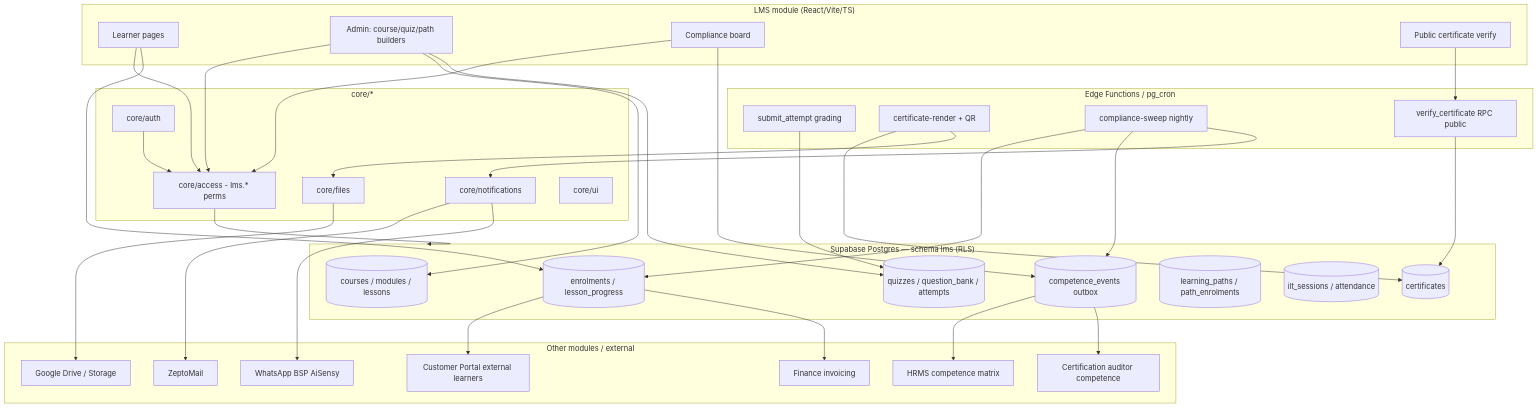
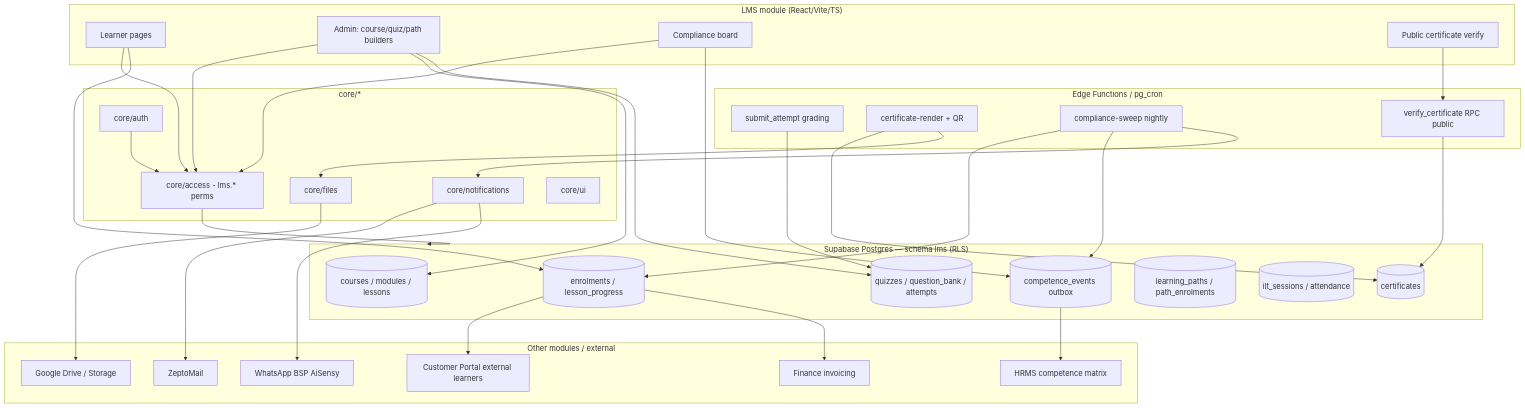
One commit to taruntps/tps-oms changed the fourth of 4 diagrams in docs/architecture/modules/lms.md. Above: the diagram before and after it, drawn with Mermaid. The commit also changed other lines of this file and 21 other files, not shown here.

````diff
--- a/docs/architecture/modules/lms.md
+++ b/docs/architecture/modules/lms.md
@@ -548,69 +546,67 @@
 ```mermaid
 flowchart TB
   subgraph UI["LMS module (React/Vite/TS)"]
     LP[Learner pages]
     AD[Admin: course/quiz/path builders]
     CB[Compliance board]
     VF[Public certificate verify]
   end
 
   subgraph CORE["core/*"]
     AUTH[core/auth]
     ACC[core/access - lms.* perms]
     NOTIF[core/notifications]
     FILES[core/files]
     UIK[core/ui]
   end
 
   subgraph DB["Supabase Postgres — schema lms (RLS)"]
     T1[(courses / modules / lessons)]
     T2[(quizzes / question_bank / attempts)]
     T3[(enrolments / lesson_progress)]
     T4[(certificates)]
     T5[(learning_paths / path_enrolments)]
     T6[(ilt_sessions / attendance)]
     OBX[(competence_events outbox)]
   end
 
   subgraph FN["Edge Functions / pg_cron"]
     GRADE[submit_attempt grading]
     CERT[certificate-render + QR]
     SWEEP[compliance-sweep nightly]
     VER[verify_certificate RPC public]
   end
 
   subgraph EXT["Other modules / external"]
     HRMS[HRMS competence matrix]
-    CERTIF[Certification auditor competence]
     PORTAL[Customer Portal external learners]
     FIN[Finance invoicing]
     ZM[ZeptoMail]
     WA[WhatsApp BSP AiSensy]
     DRIVE[Google Drive / Storage]
   end
 
   LP --> ACC
   AD --> ACC
   CB --> ACC
   ACC --> DB
   LP --> T3
   AD --> T1
   AD --> T2
   CB --> OBX
   GRADE --> T2
   CERT --> T4
   CERT --> FILES
   SWEEP --> T3
   SWEEP --> OBX
   SWEEP --> NOTIF
   VF --> VER
   VER --> T4
   FILES --> DRIVE
   NOTIF --> ZM
   NOTIF --> WA
   OBX --> HRMS
-  OBX --> CERTIF
   T3 --> PORTAL
   T3 --> FIN
   AUTH --> ACC
 ```
````
